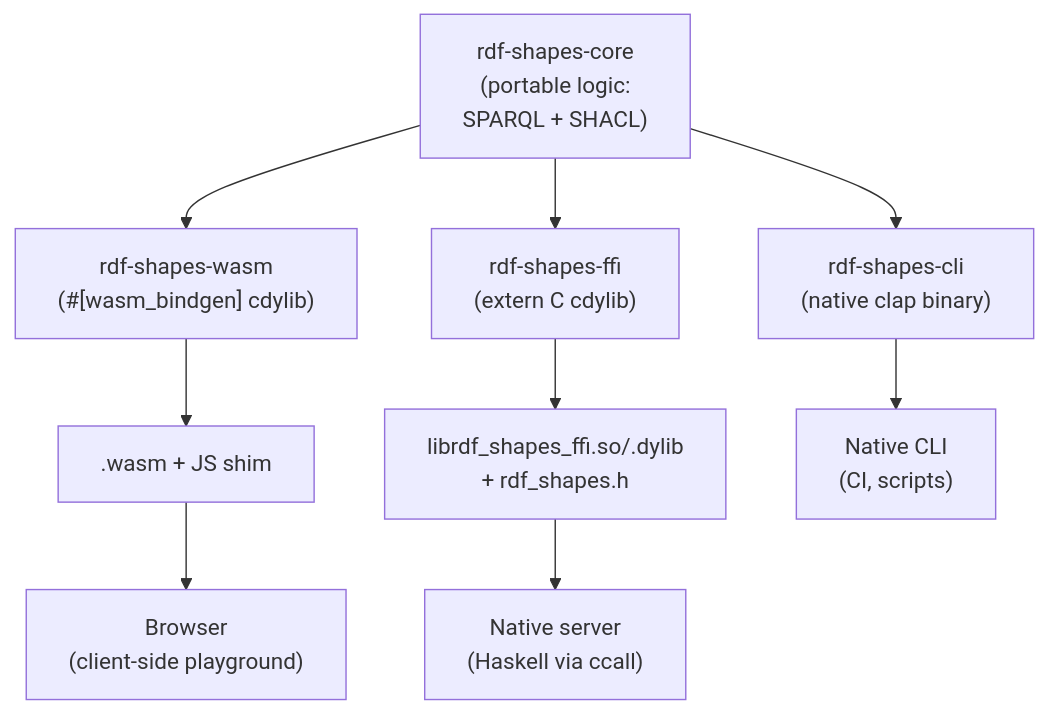
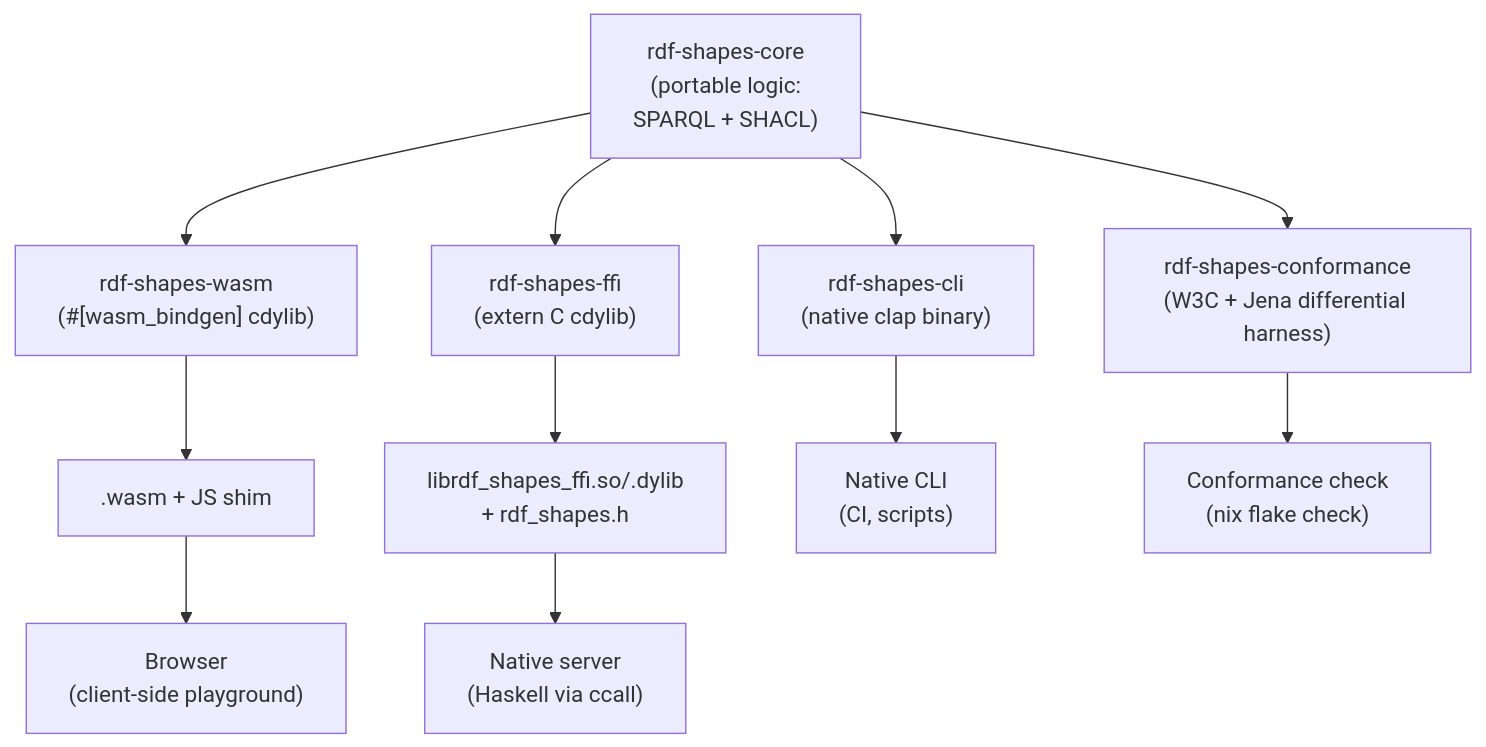
One commit to lambdasistemi/rdf-shapes-wasm changed the diagram in docs/architecture.md. Above: the diagram before and after it, drawn with Mermaid. The commit also changed other lines of this file and 4 other files, not shown here.

````diff
--- a/docs/architecture.md
+++ b/docs/architecture.md
@@ -43,18 +44,22 @@
 ```mermaid
 flowchart TD
     core["rdf-shapes-core<br/>(portable logic:<br/>SPARQL + SHACL)"]
     wasmcrate["rdf-shapes-wasm<br/>(#[wasm_bindgen] cdylib)"]
     fficrate["rdf-shapes-ffi<br/>(extern C cdylib)"]
     cli["rdf-shapes-cli<br/>(native clap binary)"]
 
+    conf["rdf-shapes-conformance<br/>(W3C + Jena differential harness)"]
+
     core --> wasmcrate
     core --> fficrate
     core --> cli
+    core --> conf
 
     wasmcrate --> wasmart[".wasm + JS shim"]
     fficrate --> ffiart["librdf_shapes_ffi.so/.dylib<br/>+ rdf_shapes.h"]
 
     wasmart --> browser["Browser<br/>(client-side playground)"]
     ffiart --> server["Native server<br/>(Haskell via ccall)"]
     cli --> native["Native CLI<br/>(CI, scripts)"]
+    conf --> gate["Conformance check<br/>(nix flake check)"]
 ```
````
